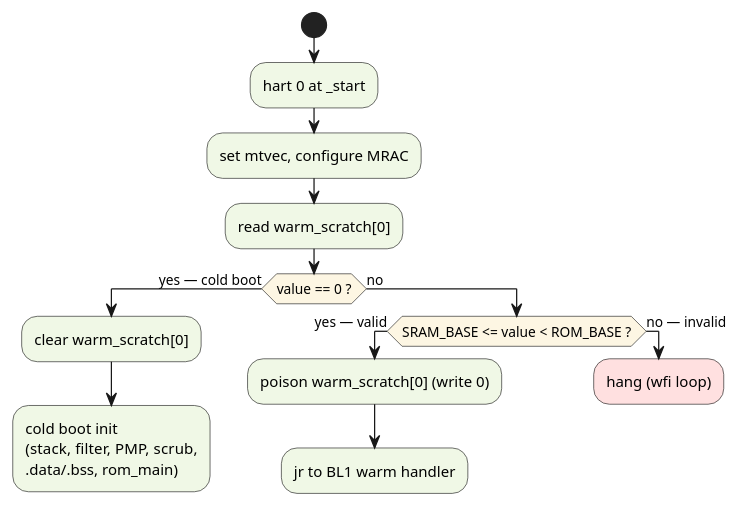
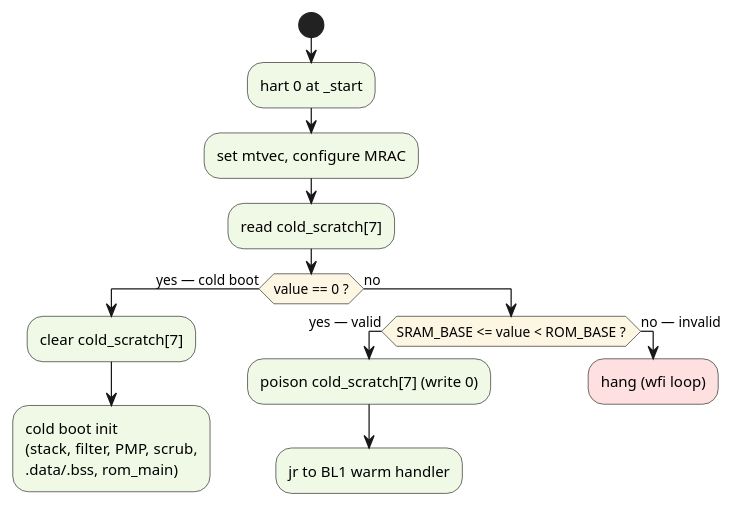
Before and after one commit to tenstorrent/tt-oca-harness: the third of 15 diagrams in hw/sys/sep/doc/rom.adoc, drawn with PlantUML. The commit also changed other lines of this file, not shown here.

First line of the commit message:
sep/doc: state the warm-handler slot and BL1 length rules the ROM implements

```diff
--- a/hw/sys/sep/doc/rom.adoc
+++ b/hw/sys/sep/doc/rom.adoc
@@ -701,27 +706,27 @@
 [plantuml,warm-cold-decision,svg]
 ----
 @startuml
 skinparam ActivityBackgroundColor #f0f8e6
 skinparam ActivityDiamondBackgroundColor #fdf6e3
 start
 :hart 0 at _start;
 :set mtvec, configure MRAC;
-:read warm_scratch[0];
+:read cold_scratch[7];
 if (value == 0 ?) then (yes — cold boot)
-  :clear warm_scratch[0];
+  :clear cold_scratch[7];
   :cold boot init
   (stack, filter, PMP, scrub,
   .data/.bss, rom_main);
   detach
 else (no)
   if (SRAM_BASE <= value < ROM_BASE ?) then (yes — valid)
-    :poison warm_scratch[0] (write 0);
+    :poison cold_scratch[7] (write 0);
     :jr to BL1 warm handler;
     detach
   else (no — invalid)
     #ffe0e0:hang (wfi loop);
     detach
   endif
 endif
 @enduml
 ----
```
